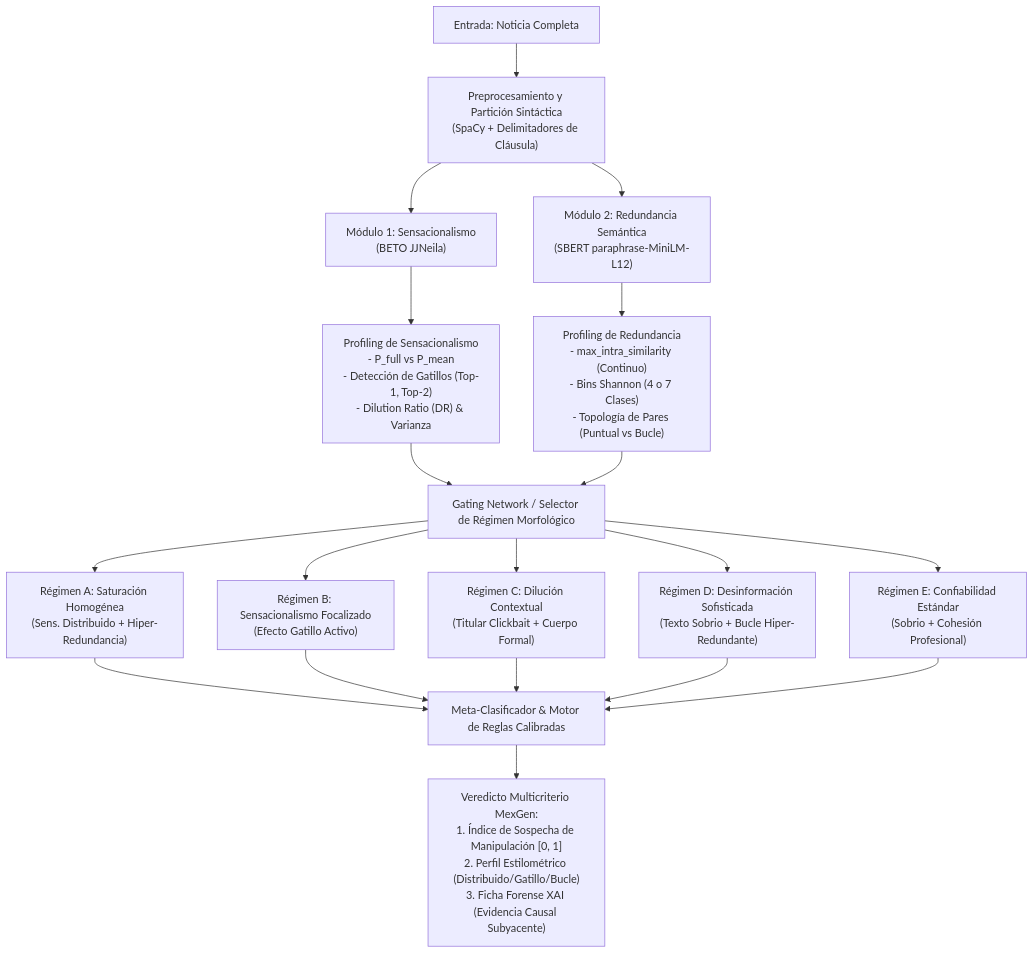
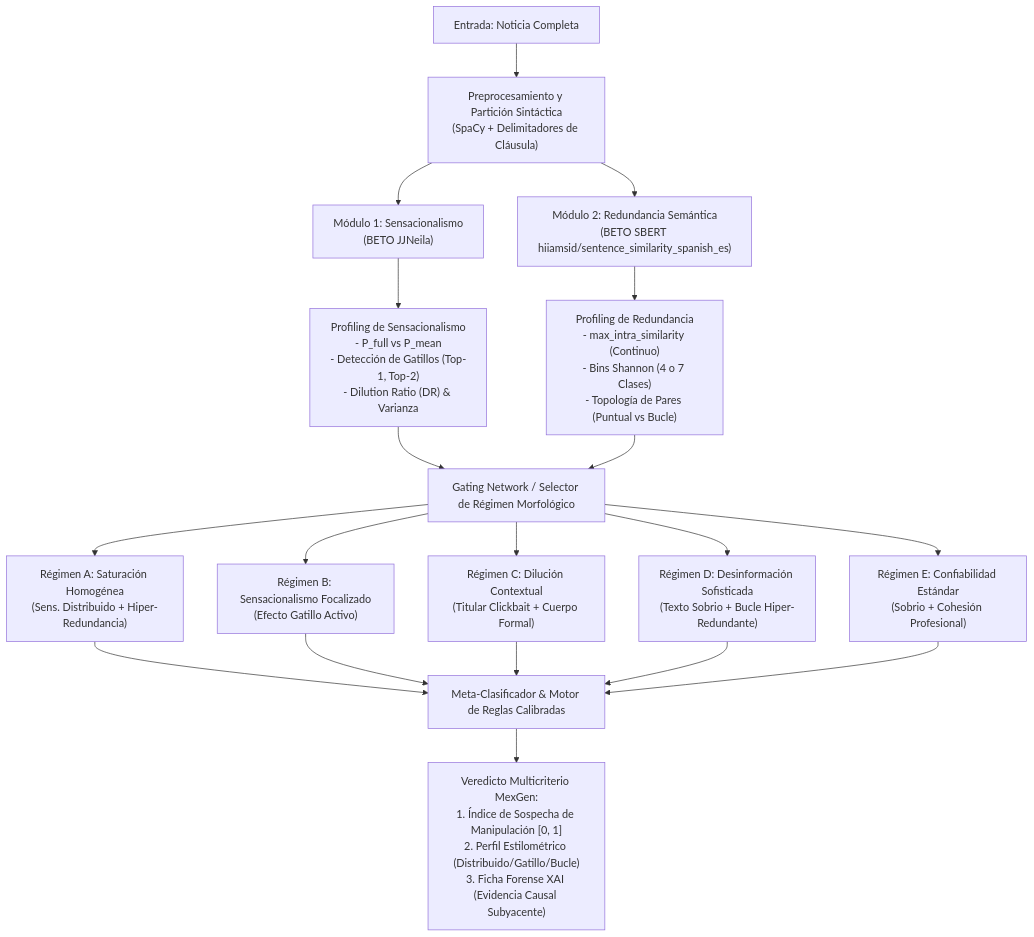
Before and after one commit to s1dartha/XAI-para-Noticias-falsas: the diagram in Plan_tesis.md, drawn with Mermaid. The commit also changed other lines of this file and 471 other files, not shown here.

First line of the commit message:
feat(xai): recalibrar IML con BETO SBERT, justificar diccionario de variables y arquetipos, actualizar modelos y dashboard

````diff
--- a/Plan_tesis.md
+++ b/Plan_tesis.md
@@ -197,28 +196,28 @@
 ```mermaid
 flowchart TD
     In["Entrada: Noticia Completa"] --> Part["Preprocesamiento y Partición Sintáctica<br>(SpaCy + Delimitadores de Cláusula)"]
     
     Part --> ModSens["Módulo 1: Sensacionalismo<br>(BETO JJNeila)"]
-    Part --> ModRed["Módulo 2: Redundancia Semántica<br>(SBERT paraphrase-MiniLM-L12)"]
+    Part --> ModRed["Módulo 2: Redundancia Semántica<br>(BETO SBERT hiiamsid/sentence_similarity_spanish_es)"]
     
     ModSens --> ProfSens["Profiling de Sensacionalismo<br>- P_full vs P_mean<br>- Detección de Gatillos (Top-1, Top-2)<br>- Dilution Ratio (DR) & Varianza"]
     
     ModRed --> ProfRed["Profiling de Redundancia<br>- max_intra_similarity (Continuo)<br>- Bins Shannon (4 o 7 Clases)<br>- Topología de Pares (Puntual vs Bucle)"]
     
     ProfSens --> Gate["Gating Network / Selector de Régimen Morfológico"]
     ProfRed --> Gate
     
     Gate --> R1["Régimen A: Saturación Homogénea<br>(Sens. Distribuido + Hiper-Redundancia)"]
     Gate --> R2["Régimen B: Sensacionalismo Focalizado<br>(Efecto Gatillo Activo)"]
     Gate --> R3["Régimen C: Dilución Contextual<br>(Titular Clickbait + Cuerpo Formal)"]
     Gate --> R4["Régimen D: Desinformación Sofisticada<br>(Texto Sobrio + Bucle Hiper-Redundante)"]
     Gate --> R5["Régimen E: Confiabilidad Estándar<br>(Sobrio + Cohesión Profesional)"]
     
     R1 --> MetaClass["Meta-Clasificador & Motor de Reglas Calibradas"]
     R2 --> MetaClass
     R3 --> MetaClass
     R4 --> MetaClass
     R5 --> MetaClass
     
     MetaClass --> Out["Veredicto Multicriterio MexGen:<br>1. Índice de Sospecha de Manipulación [0, 1]<br>2. Perfil Estilométrico (Distribuido/Gatillo/Bucle)<br>3. Ficha Forense XAI (Evidencia Causal Subyacente)"]
 ```
````
